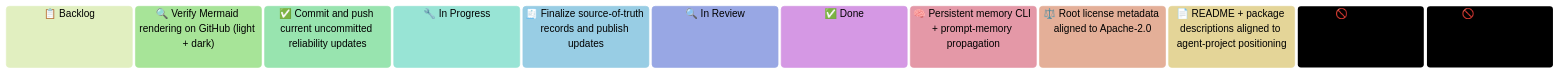
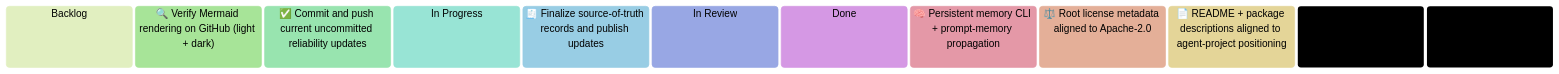
The first of 3 diagrams in docs/project/kanban/sprint-2026-w08-crewai-review-hardening-and-memory.md (blazintrailssarah/agent-project), drawn with Mermaid (forest theme) before and after one commit. The commit also changed other lines of this file and 2 other files, not shown here.

Commit message:
fix(docs): fix kanban template and boards - proper mermaid format with emojis

````diff
--- a/docs/project/kanban/sprint-2026-w08-crewai-review-hardening-and-memory.md
+++ b/docs/project/kanban/sprint-2026-w08-crewai-review-hardening-and-memory.md
@@ -18,20 +18,15 @@
 ```mermaid
 kanban
-column1["📋 Backlog"]
+Backlog
 task1["🔍 Verify Mermaid rendering on GitHub (light + dark)"]
 task2["✅ Commit and push current uncommitted reliability updates"]
-
-column2["🔧 In Progress"]
+In Progress
 task3["🧾 Finalize source-of-truth records and publish updates"]
-
-column3["🔍 In Review"]
-
-column4["✅ Done"]
+In Review
+Done
 task4["🧠 Persistent memory CLI + prompt-memory propagation"]
 task5["⚖️ Root license metadata aligned to Apache-2.0"]
 task6["📄 README + package descriptions aligned to agent-project positioning"]
-
-column5["🚫 Blocked"]
-
-column6["🚫 Won't Do"]
+Blocked
+Won't Do
 ```
````
